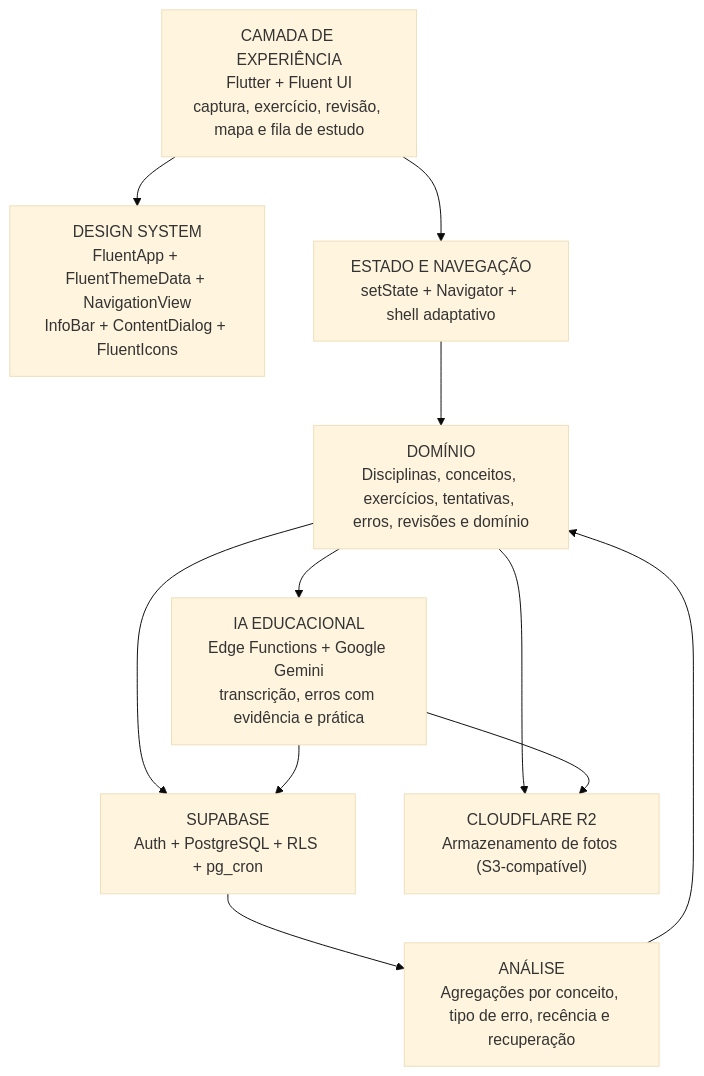
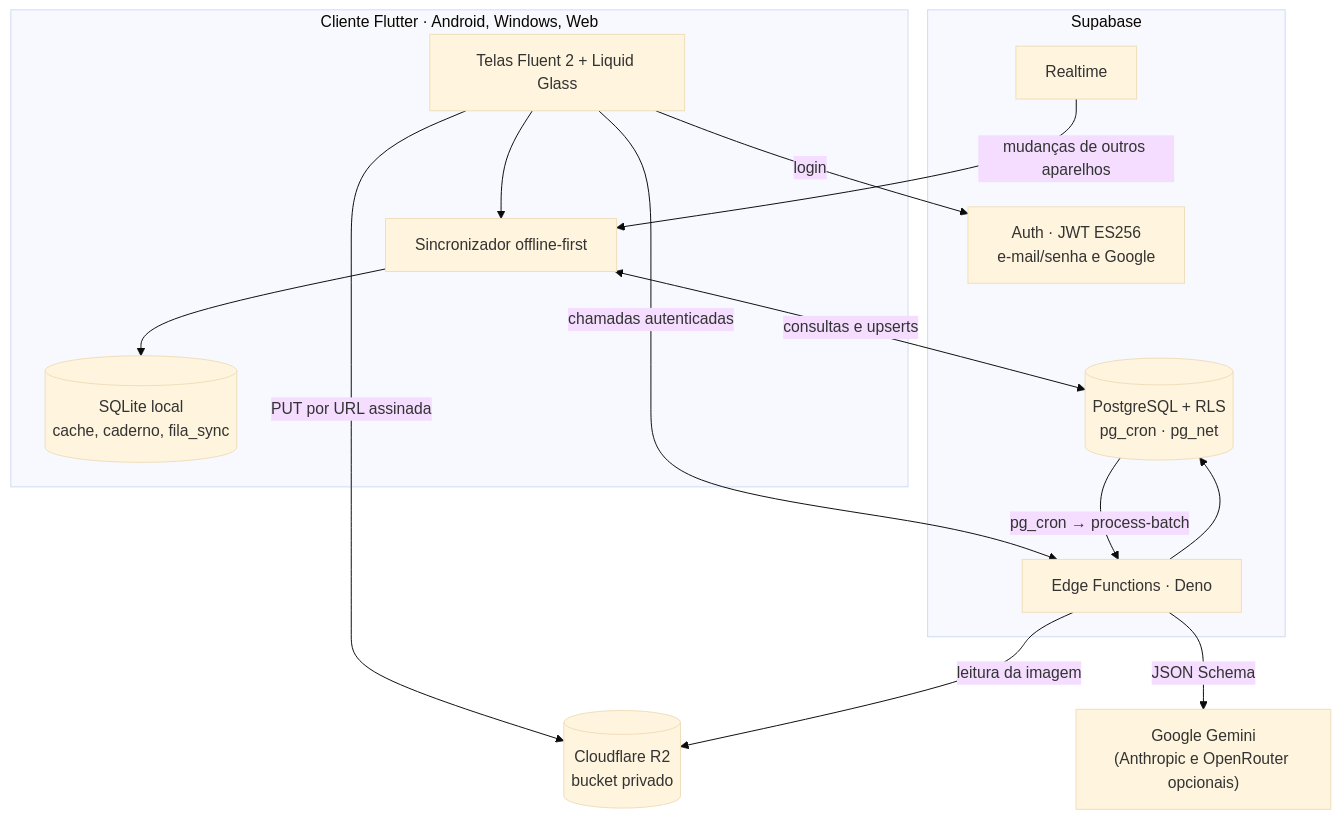
Before and after one commit to CFSJCODE/MistakeMap: the second of 4 diagrams in .github/README.md, drawn with Mermaid (base theme). The commit also changed other lines of this file, not shown here.

First line of the commit message:
docs(readme): reescreve o README com apresentação comercial e técnica

````diff
--- a/.github/README.md
+++ b/.github/README.md
@@ -721,22 +145,29 @@
 ```mermaid
 flowchart TB
-    UX["CAMADA DE EXPERIÊNCIA<br/>Flutter + Fluent UI<br/>captura, exercício, revisão, mapa e fila de estudo"]
-    FLUENT["DESIGN SYSTEM<br/>FluentApp + FluentThemeData + NavigationView<br/>InfoBar + ContentDialog + FluentIcons"]
-    STATE["ESTADO E NAVEGAÇÃO<br/>setState + Navigator + shell adaptativo"]
-    DOMAIN["DOMÍNIO<br/>Disciplinas, conceitos, exercícios, tentativas, erros, revisões e domínio"]
-    AI["IA EDUCACIONAL<br/>Edge Functions + Google Gemini<br/>transcrição, erros com evidência e prática"]
-    SB["SUPABASE<br/>Auth + PostgreSQL + RLS + pg_cron"]
-    R2["CLOUDFLARE R2<br/>Armazenamento de fotos (S3-compatível)"]
-    ANALYSIS["ANÁLISE<br/>Agregações por conceito, tipo de erro, recência e recuperação"]
+    subgraph Cliente["Cliente Flutter · Android, Windows, Web"]
+        UI["Telas Fluent 2 + Liquid Glass"]
+        SYNC["Sincronizador offline-first"]
+        LOCAL[("SQLite local<br/>cache, caderno, fila_sync")]
+        UI --> SYNC --> LOCAL
+    end
 
-    UX --> FLUENT
-    UX --> STATE
-    STATE --> DOMAIN
-    DOMAIN --> AI
-    DOMAIN --> SB
-    DOMAIN --> R2
-    AI --> SB
-    AI --> R2
-    SB --> ANALYSIS
-    ANALYSIS --> DOMAIN
+    subgraph Supabase["Supabase"]
+        AUTH["Auth · JWT ES256<br/>e-mail/senha e Google"]
+        PG[("PostgreSQL + RLS<br/>pg_cron · pg_net")]
+        RT["Realtime"]
+        EF["Edge Functions · Deno"]
+    end
+
+    R2[("Cloudflare R2<br/>bucket privado")]
+    AI["Google Gemini<br/>(Anthropic e OpenRouter opcionais)"]
+
+    SYNC <-->|"consultas e upserts"| PG
+    RT -->|"mudanças de outros aparelhos"| SYNC
+    UI -->|"login"| AUTH
+    UI -->|"chamadas autenticadas"| EF
+    UI -->|"PUT por URL assinada"| R2
+    EF --> PG
+    EF -->|"leitura da imagem"| R2
+    EF -->|"JSON Schema"| AI
+    PG -->|"pg_cron → process-batch"| EF
 ```
````
